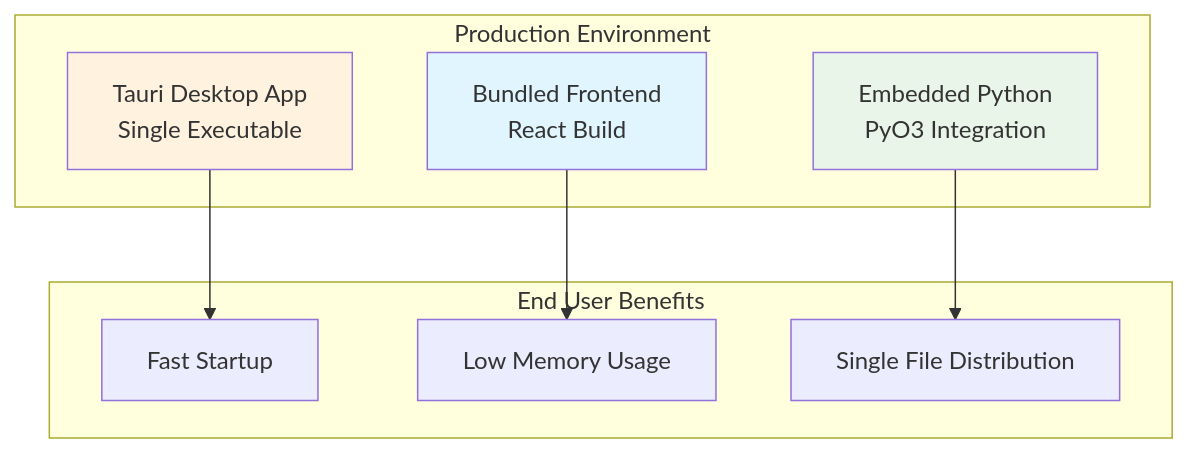
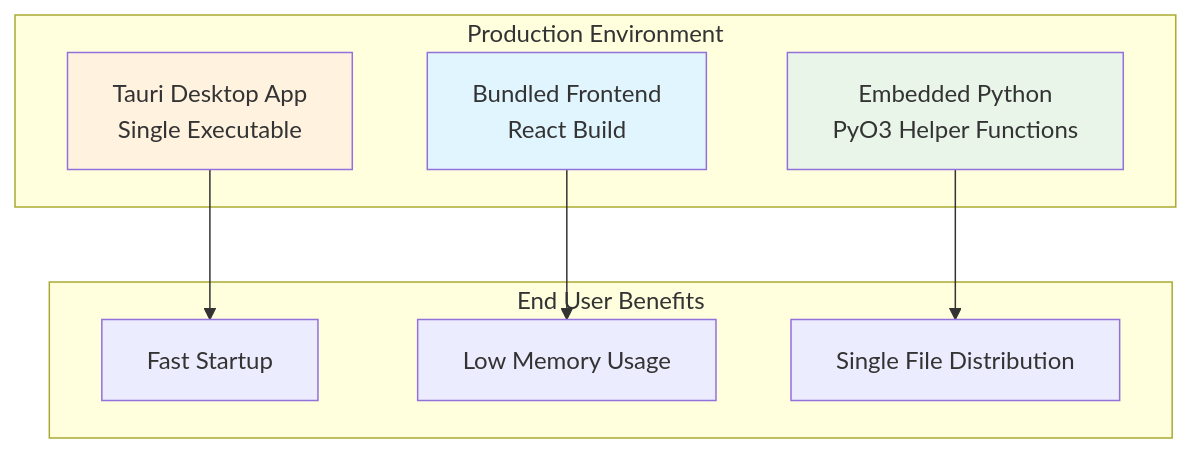
The sixth of 6 diagrams in docs/development/development-architecture.md (boost-edu-tools/gitinspectorgui), drawn with Mermaid before and after one commit. The commit also changed other lines of this file and 19 other files, not shown here.

First line of the commit message:
docs: update architecture from raw PyO3 to simplified helper functions

````diff
--- a/docs/development/development-architecture.md
+++ b/docs/development/development-architecture.md
@@ -508,22 +510,22 @@
 ```mermaid
 graph TB
     subgraph "Production Environment"
         A[Tauri Desktop App<br/>Single Executable]
         B[Bundled Frontend<br/>React Build]
-        C[Embedded Python<br/>PyO3 Integration]
+        C[Embedded Python<br/>PyO3 Helper Functions]
     end
 
     subgraph "End User Benefits"
         D[Fast Startup]
         E[Low Memory Usage]
         F[Single File Distribution]
     end
 
     A --> D
     B --> E
     C --> F
 
     style A fill:#fff3e0
     style B fill:#e1f5fe
     style C fill:#e8f5e8
 ```
````
